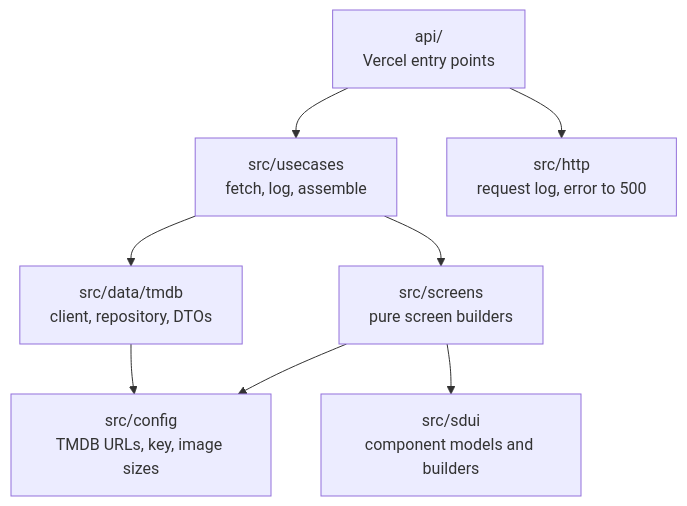
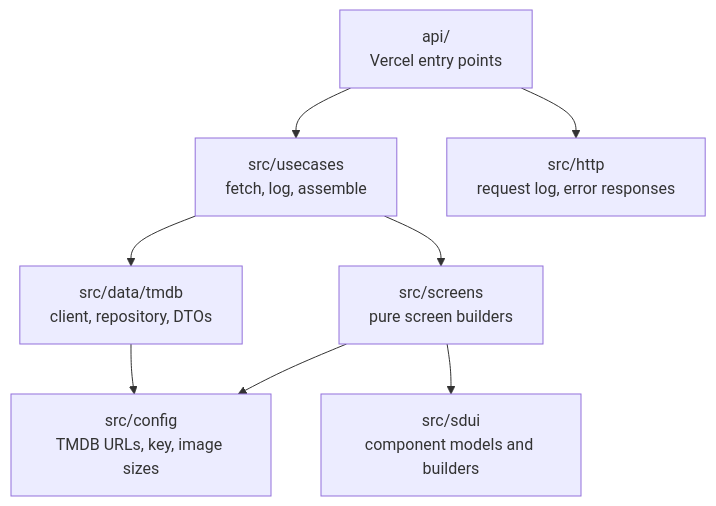
Before and after one commit to AmmarAlGhifary/cinestream-sdui-backend: the second of 2 diagrams in README.md, drawn with Mermaid. The commit also changed other lines of this file, not shown here.

First line of the commit message:
docs: sync the README with the error contract code

````diff
--- a/README.md
+++ b/README.md
@@ -48,10 +48,10 @@
 ```mermaid
 flowchart TD
     API["api/<br/>Vercel entry points"] --> UC["src/usecases<br/>fetch, log, assemble"]
-    API --> HTTP["src/http<br/>request log, error to 500"]
+    API --> HTTP["src/http<br/>request log, error responses"]
     UC --> DATA["src/data/tmdb<br/>client, repository, DTOs"]
     UC --> SCREENS["src/screens<br/>pure screen builders"]
     SCREENS --> SDUI["src/sdui<br/>component models and builders"]
     DATA --> CONFIG["src/config<br/>TMDB URLs, key, image sizes"]
     SCREENS --> CONFIG
 ```
````
